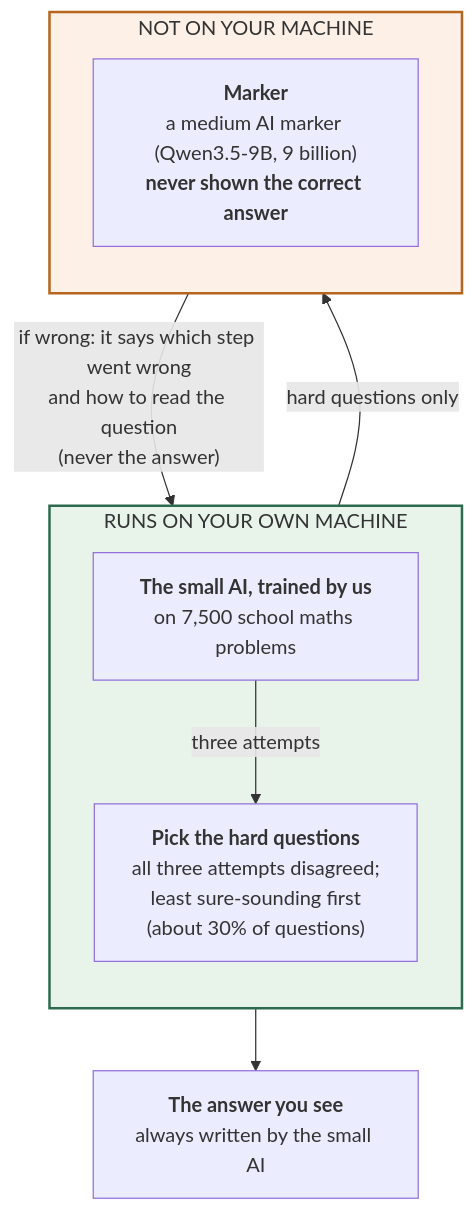
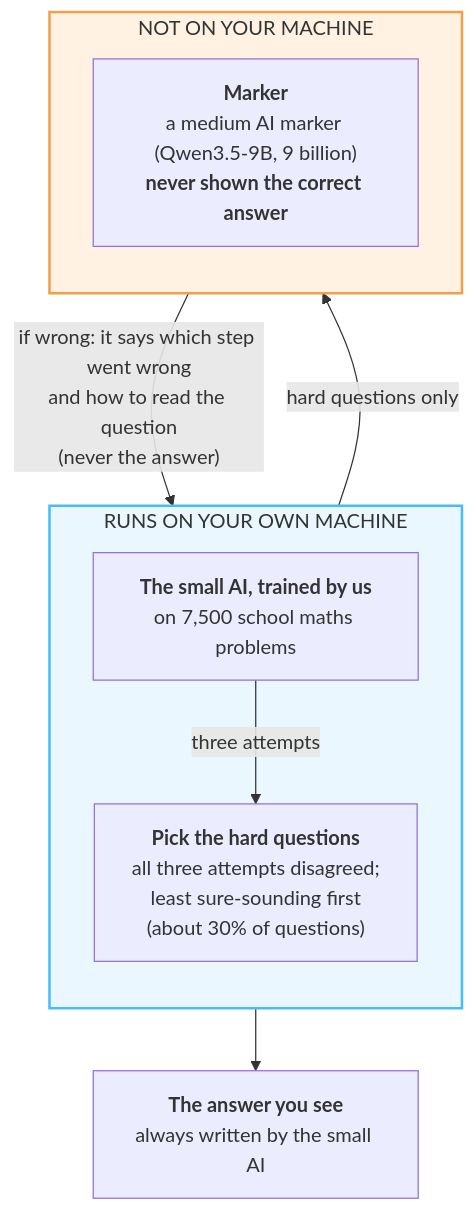
The first of 2 diagrams in docs/experiments/18_finetuned-model+smart-gate+checker_qwen-9b_full-hint/README.md (SaminYeaserKhan/gemma4-finetune), drawn with Mermaid before and after one commit. The commit also changed other lines of this file and 143 other files, not shown here.

````diff
--- a/docs/experiments/18_finetuned-model+smart-gate+checker_qwen-9b_full-hint/README.md
+++ b/docs/experiments/18_finetuned-model+smart-gate+checker_qwen-9b_full-hint/README.md
@@ -44,18 +44,18 @@
 ```mermaid
 flowchart TB
     subgraph DEV["RUNS ON YOUR OWN MACHINE"]
         direction TB
         SOLVER["<b>The small AI, trained by us</b><br/>on 7,500 school maths problems"]
         GATE["<b>Pick the hard questions</b><br/>all three attempts disagreed;<br/>least sure-sounding first<br/>(about 30% of questions)"]
         SOLVER -->|three attempts| GATE
     end
     subgraph OFF["NOT ON YOUR MACHINE"]
         direction TB
         CHECK["<b>Marker</b><br/>a medium AI marker (Qwen3.5-9B, 9 billion)<br/><b>never shown the correct answer</b>"]
     end
     GATE -->|hard questions only| CHECK
     CHECK -->|"if wrong: it says which step went wrong<br/>and how to read the question<br/>(never the answer)"| SOLVER
     SOLVER --> OUT["<b>The answer you see</b><br/>always written by the small AI"]
-    style DEV fill:#e8f4ea,stroke:#2d6a4f,stroke-width:2px
-    style OFF fill:#fdf0e6,stroke:#b5651d,stroke-width:2px
+    style DEV fill:#eaf7ff,stroke:#46bbfe,stroke-width:2px
+    style OFF fill:#fff2e3,stroke:#f0a04b,stroke-width:2px
 ```
````
